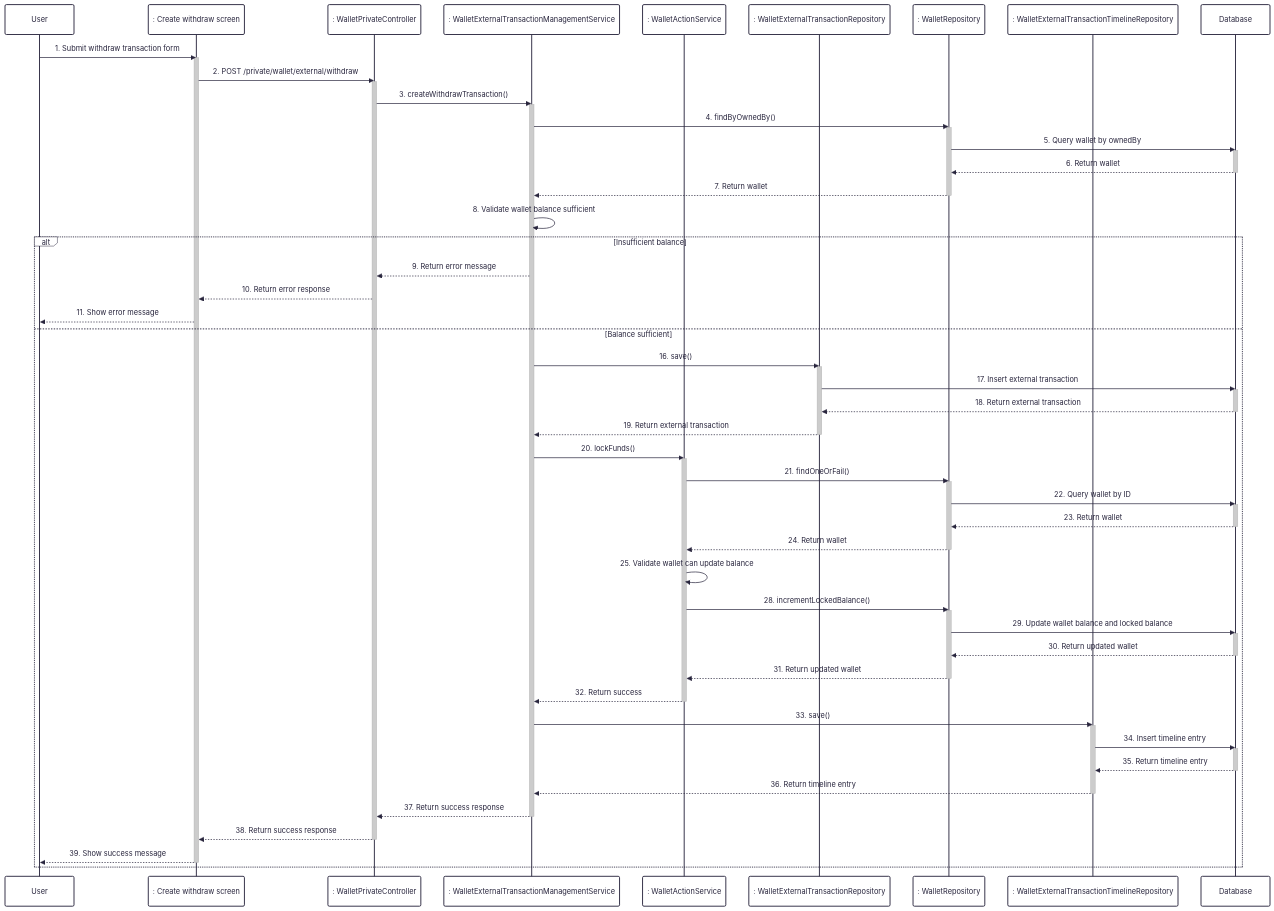
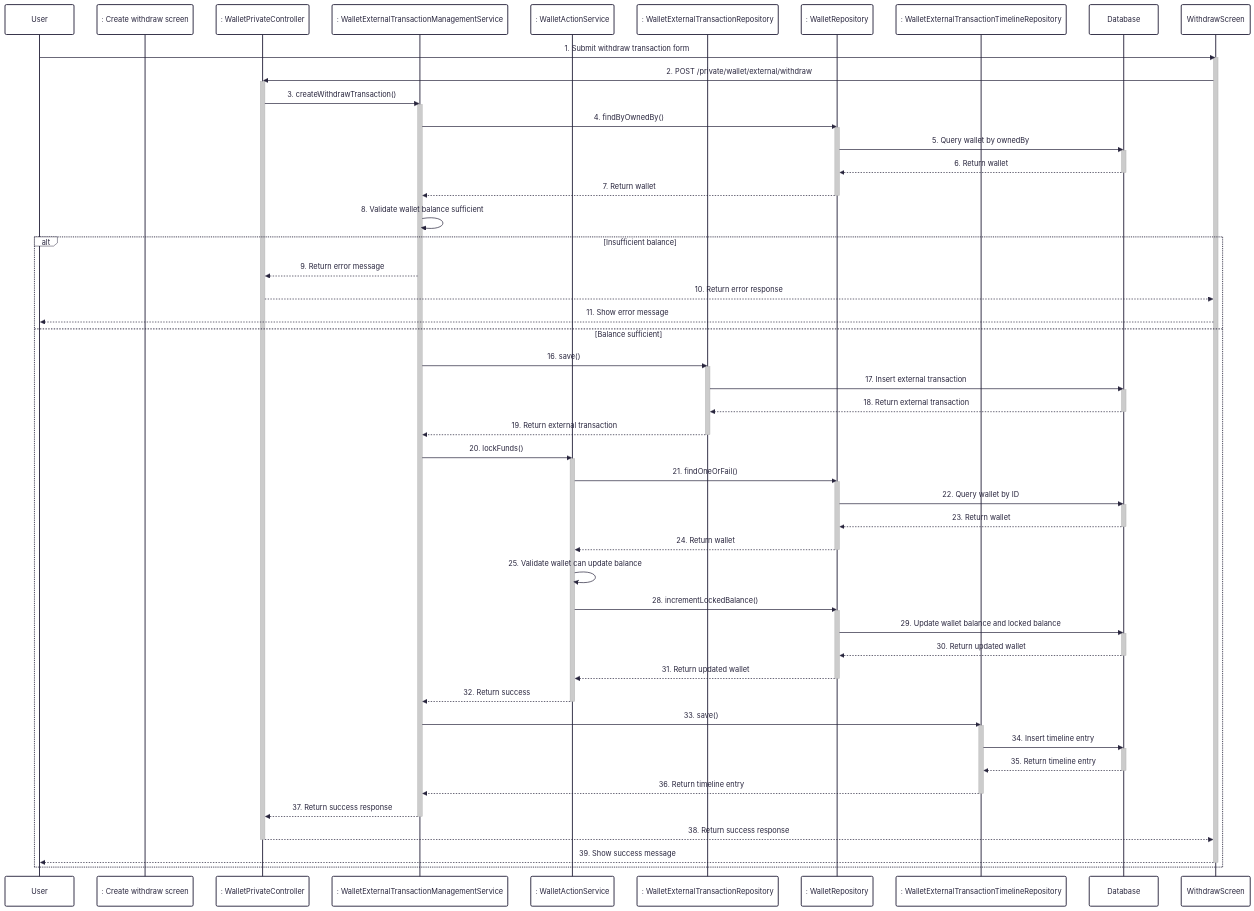
One commit to UrbanLens-2025/urban-lens_server changed the diagram in docs/sequence/12-create-withdraw-transaction.md. Above: the diagram before and after it, drawn with Mermaid. The commit also changed other lines of this file and 19 other files, not shown here.

````diff
--- a/docs/sequence/12-create-withdraw-transaction.md
+++ b/docs/sequence/12-create-withdraw-transaction.md
@@ -1,82 +1,82 @@
 ```mermaid
 ---
 config:
   theme: redux
   look: classic
 ---
 sequenceDiagram
     participant User
     participant Frontend as : Create withdraw screen
     participant WalletPrivateController as : WalletPrivateController
     participant WalletExternalTransactionManagementService as : WalletExternalTransactionManagementService
     participant WalletActionService as : WalletActionService
     participant WalletExternalTransactionRepository as : WalletExternalTransactionRepository
     participant WalletRepository as : WalletRepository
     participant WalletExternalTransactionTimelineRepository as : WalletExternalTransactionTimelineRepository
     participant Database
 
-    User->>Frontend: 1. Submit withdraw transaction form
-    activate Frontend
-    Frontend->>WalletPrivateController: 2. POST /private/wallet/external/withdraw
+    User->>WithdrawScreen: 1. Submit withdraw transaction form
+    activate WithdrawScreen
+    WithdrawScreen->>WalletPrivateController: 2. POST /private/wallet/external/withdraw
     activate WalletPrivateController
     WalletPrivateController->>WalletExternalTransactionManagementService: 3. createWithdrawTransaction()
     activate WalletExternalTransactionManagementService
     WalletExternalTransactionManagementService->>WalletRepository: 4. findByOwnedBy()
     activate WalletRepository
     WalletRepository->>Database: 5. Query wallet by ownedBy
     activate Database
     Database-->>WalletRepository: 6. Return wallet
     deactivate Database
     WalletRepository-->>WalletExternalTransactionManagementService: 7. Return wallet
     deactivate WalletRepository
     WalletExternalTransactionManagementService->>WalletExternalTransactionManagementService: 8. Validate wallet balance sufficient
     alt Insufficient balance
         WalletExternalTransactionManagementService-->>WalletPrivateController: 9. Return error message
-        WalletPrivateController-->>Frontend: 10. Return error response
-        Frontend-->>User: 11. Show error message
+        WalletPrivateController-->>WithdrawScreen: 10. Return error response
+        WithdrawScreen-->>User: 11. Show error message
     else Balance sufficient
         WalletExternalTransactionManagementService->>WalletExternalTransactionRepository: 16. save()
         activate WalletExternalTransactionRepository
         WalletExternalTransactionRepository->>Database: 17. Insert external transaction
         activate Database
         Database-->>WalletExternalTransactionRepository: 18. Return external transaction
         deactivate Database
         WalletExternalTransactionRepository-->>WalletExternalTransactionManagementService: 19. Return external transaction
         deactivate WalletExternalTransactionRepository
         WalletExternalTransactionManagementService->>WalletActionService: 20. lockFunds()
         activate WalletActionService
         WalletActionService->>WalletRepository: 21. findOneOrFail()
         activate WalletRepository
         WalletRepository->>Database: 22. Query wallet by ID
         activate Database
         Database-->>WalletRepository: 23. Return wallet
         deactivate Database
         WalletRepository-->>WalletActionService: 24. Return wallet
         deactivate WalletRepository
         WalletActionService->>WalletActionService: 25. Validate wallet can update balance
         WalletActionService->>WalletRepository: 28. incrementLockedBalance()
         activate WalletRepository
         WalletRepository->>Database: 29. Update wallet balance and locked balance
         activate Database
         Database-->>WalletRepository: 30. Return updated wallet
         deactivate Database
         WalletRepository-->>WalletActionService: 31. Return updated wallet
         deactivate WalletRepository
         WalletActionService-->>WalletExternalTransactionManagementService: 32. Return success
         deactivate WalletActionService
         WalletExternalTransactionManagementService->>WalletExternalTransactionTimelineRepository: 33. save()
         activate WalletExternalTransactionTimelineRepository
         WalletExternalTransactionTimelineRepository->>Database: 34. Insert timeline entry
         activate Database
         Database-->>WalletExternalTransactionTimelineRepository: 35. Return timeline entry
         deactivate Database
         WalletExternalTransactionTimelineRepository-->>WalletExternalTransactionManagementService: 36. Return timeline entry
         deactivate WalletExternalTransactionTimelineRepository
         WalletExternalTransactionManagementService-->>WalletPrivateController: 37. Return success response
         deactivate WalletExternalTransactionManagementService
-        WalletPrivateController-->>Frontend: 38. Return success response
+        WalletPrivateController-->>WithdrawScreen: 38. Return success response
         deactivate WalletPrivateController
-        Frontend-->>User: 39. Show success message
-        deactivate Frontend
+        WithdrawScreen-->>User: 39. Show success message
+        deactivate WithdrawScreen
     end
 ```
````
